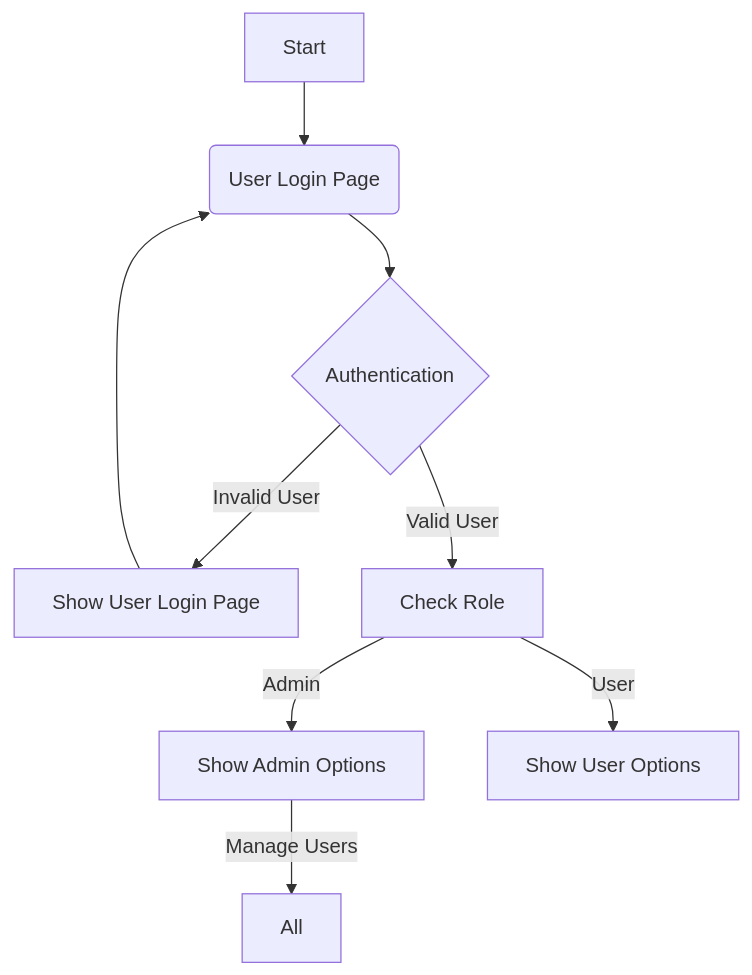
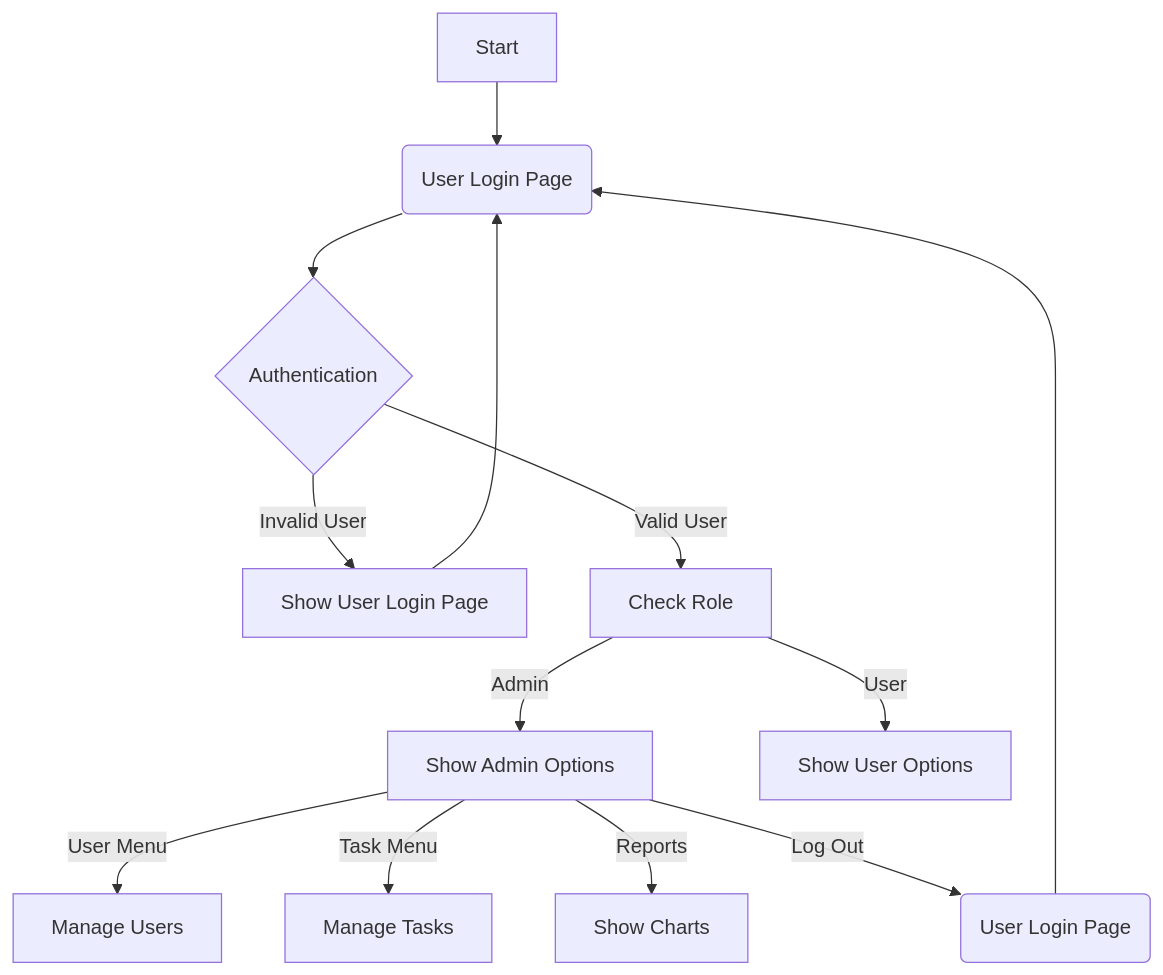
One commit to baraneetharan/worksheet changed the diagram in README.md. Above: the diagram before and after it, drawn with Mermaid. The commit also changed other lines of this file, not shown here.

Commit message:
Application Flow Diagram updated

````diff
--- a/README.md
+++ b/README.md
@@ -5,11 +5,15 @@
 ```mermaid
 graph TD
     A[Start] --> B(User Login Page)
     B --> C{Authentication}
     C -->|Invalid User| D[Show User Login Page]
     D --> B(User Login Page)
     C -->|Valid User| E[Check Role]
     E -->|Admin| F[Show Admin Options]
-    F -->|Manage Users| G[All ]
-    E -->|User| Z[Show User Options]
+    F -->|User Menu| G[Manage Users ]
+    F -->|Task Menu| H[Manage Tasks ]
+    F -->|Reports| I[Show Charts ]
+    F -->|Log Out| J(User Login Page)
+    J --> B(User Login Page)
+    E -->|User| Z[Show User Options]    
 ```
````
